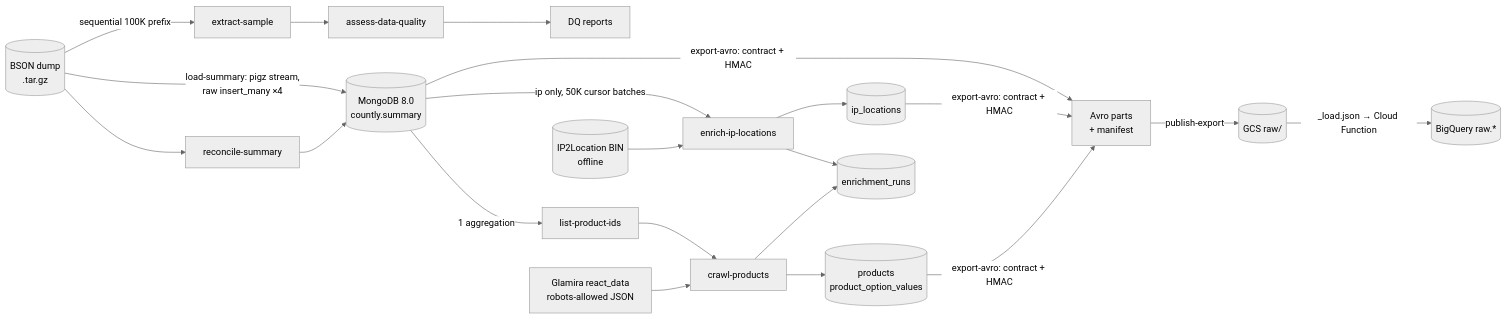
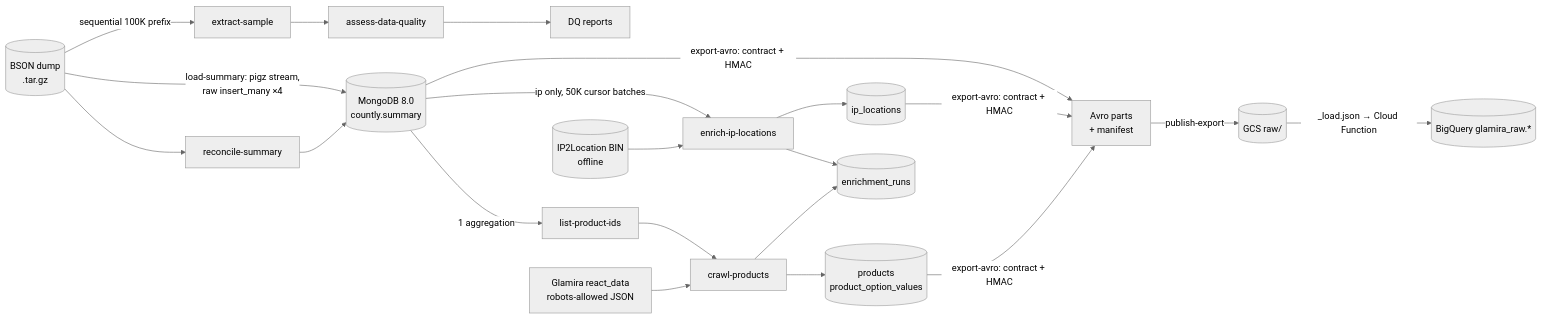
Before and after one commit to ducklemon596/ecommerce-clickstream-pipeline-gcp: the diagram in README.md, drawn with Mermaid (neutral theme). The commit also changed other lines of this file and 7 other files, not shown here.

First line of the commit message:
chore(warehouse): name the dataset glamira_raw and the bucket glamira-raw-datalake

````diff
--- a/README.md
+++ b/README.md
@@ -32,17 +32,17 @@
 ```mermaid
 flowchart LR
     A[(BSON dump<br/>.tar.gz)] -->|load-summary: pigz stream,<br/>raw insert_many ×4| M[(MongoDB 8.0<br/>countly.summary)]
     A --> V[reconcile-summary] --> M
     A -->|sequential 100K prefix| S[extract-sample] --> Q[assess-data-quality] --> R1[DQ reports]
     M -->|ip only, 50K cursor batches| I[enrich-ip-locations]
     B[(IP2Location BIN<br/>offline)] --> I
     I --> IL[(ip_locations)]
     M -->|1 aggregation| L[list-product-ids] --> C[crawl-products]
     W[Glamira react_data<br/>robots-allowed JSON] --> C
     C --> P[(products<br/>product_option_values)]
     I --> RUN[(enrichment_runs)]
     C --> RUN
     M & IL & P -->|export-avro: contract + HMAC| X[Avro parts<br/>+ manifest]
     X -->|publish-export| GCS[(GCS raw/)]
-    GCS -->|_load.json → Cloud Function| BQ[(BigQuery raw.*)]
+    GCS -->|_load.json → Cloud Function| BQ[(BigQuery glamira_raw.*)]
 ```
````
